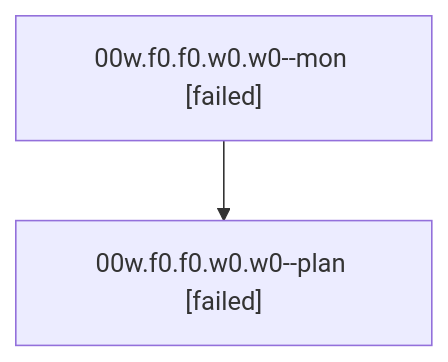
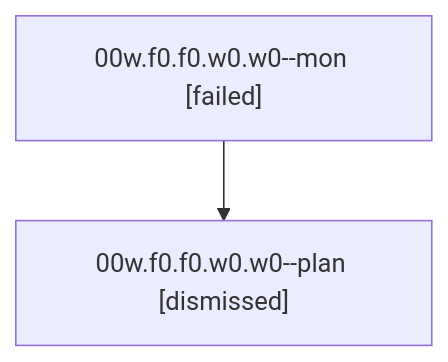
The diagram in families/bbugyi200.athena.00w.f0.f0.w0.w0.md (bobs-org/bob-cli--agents), drawn with Mermaid before and after one commit. The commit also changed other lines of this file and 265 other files, not shown here.

````diff
--- a/families/bbugyi200.athena.00w.f0.f0.w0.w0.md
+++ b/families/bbugyi200.athena.00w.f0.f0.w0.w0.md
@@ -9,6 +9,6 @@
 ```mermaid
 flowchart TD
   n0["00w.f0.f0.w0.w0--mon [failed]"]
-  n1["00w.f0.f0.w0.w0--plan [failed]"]
+  n1["00w.f0.f0.w0.w0--plan [dismissed]"]
   n0 --> n1
 ```
````
